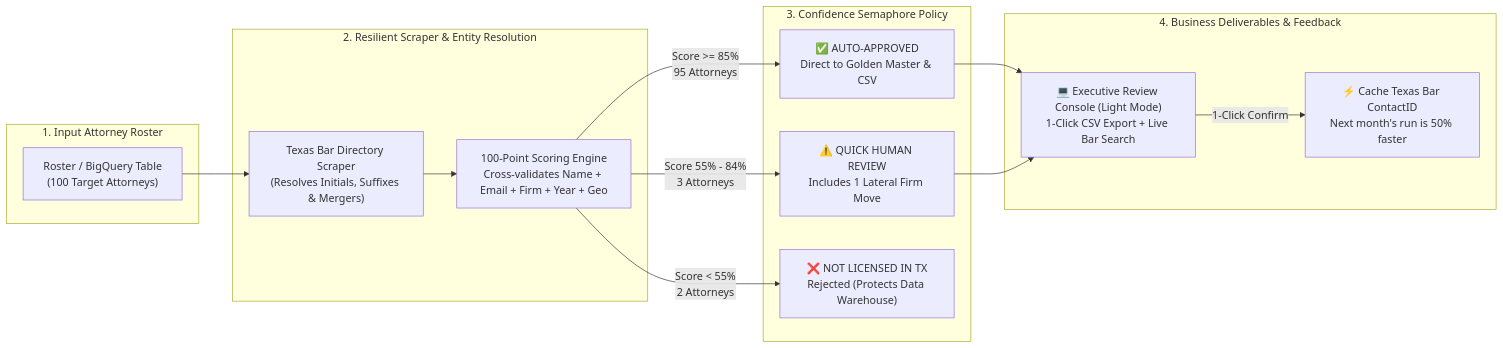
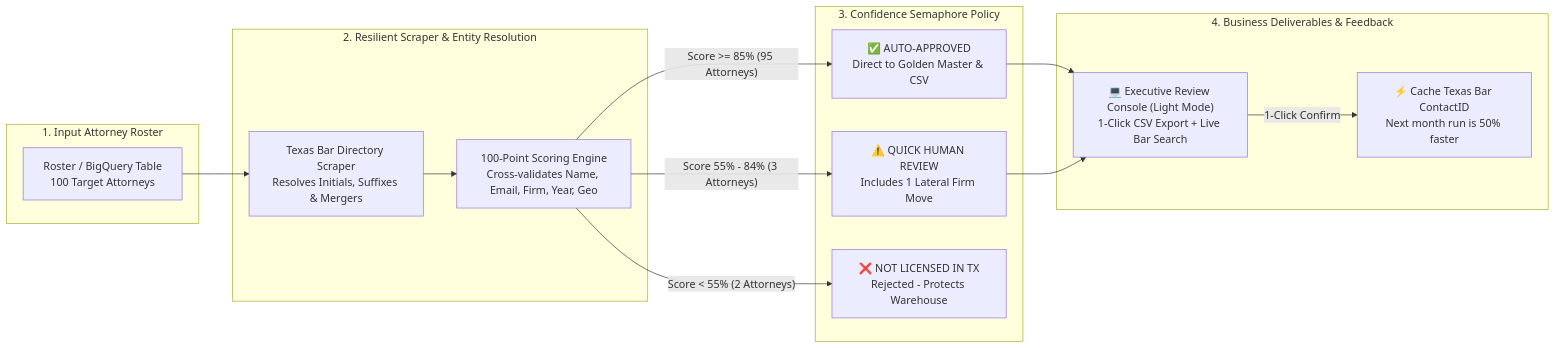
The first of 4 diagrams in docs/DIAGRAMS_EN.md (zebok/attorney-scrapper), drawn with Mermaid before and after one commit. The commit also changed other lines of this file and 2 other files, not shown here.

Commit message:
fix(docs): resolve Mermaid parser errors by quoting edge labels and removing unquoted parens

````diff
--- a/docs/DIAGRAMS_EN.md
+++ b/docs/DIAGRAMS_EN.md
@@ -13,23 +13,23 @@
 ```mermaid
 flowchart LR
     subgraph Input["1. Input Attorney Roster"]
-        SRC["Roster / BigQuery Table<br/>(100 Target Attorneys)"]
+        SRC["Roster / BigQuery Table<br/>100 Target Attorneys"]
     end
 
     subgraph Engine["2. Resilient Scraper & Entity Resolution"]
-        SRC --> SCR["Texas Bar Directory Scraper<br/>(Resolves Initials, Suffixes & Mergers)"]
-        SCR --> SCORE["100-Point Scoring Engine<br/>Cross-validates Name + Email + Firm + Year + Geo"]
+        SRC --> SCR["Texas Bar Directory Scraper<br/>Resolves Initials, Suffixes & Mergers"]
+        SCR --> SCORE["100-Point Scoring Engine<br/>Cross-validates Name, Email, Firm, Year, Geo"]
     end
 
     subgraph Decisions["3. Confidence Semaphore Policy"]
-        SCORE -->|Score >= 85%<br/>95 Attorneys| AUTO["✅ AUTO-APPROVED<br/>Direct to Golden Master & CSV"]
-        SCORE -->|Score 55% - 84%<br/>3 Attorneys| REV["⚠️ QUICK HUMAN REVIEW<br/>Includes 1 Lateral Firm Move"]
-        SCORE -->|Score < 55%<br/>2 Attorneys| REJ["❌ NOT LICENSED IN TX<br/>Rejected (Protects Data Warehouse)"]
+        SCORE -->|"Score >= 85% (95 Attorneys)"| AUTO["✅ AUTO-APPROVED<br/>Direct to Golden Master & CSV"]
+        SCORE -->|"Score 55% - 84% (3 Attorneys)"| REV["⚠️ QUICK HUMAN REVIEW<br/>Includes 1 Lateral Firm Move"]
+        SCORE -->|"Score < 55% (2 Attorneys)"| REJ["❌ NOT LICENSED IN TX<br/>Rejected - Protects Warehouse"]
     end
 
     subgraph Output["4. Business Deliverables & Feedback"]
         AUTO --> UI["💻 Executive Review Console (Light Mode)<br/>1-Click CSV Export + Live Bar Search"]
         REV --> UI
-        UI -->|1-Click Confirm| CACHE["⚡ Cache Texas Bar ContactID<br/>Next month's run is 50% faster"]
+        UI -->|"1-Click Confirm"| CACHE["⚡ Cache Texas Bar ContactID<br/>Next month run is 50% faster"]
     end
 ```
````
